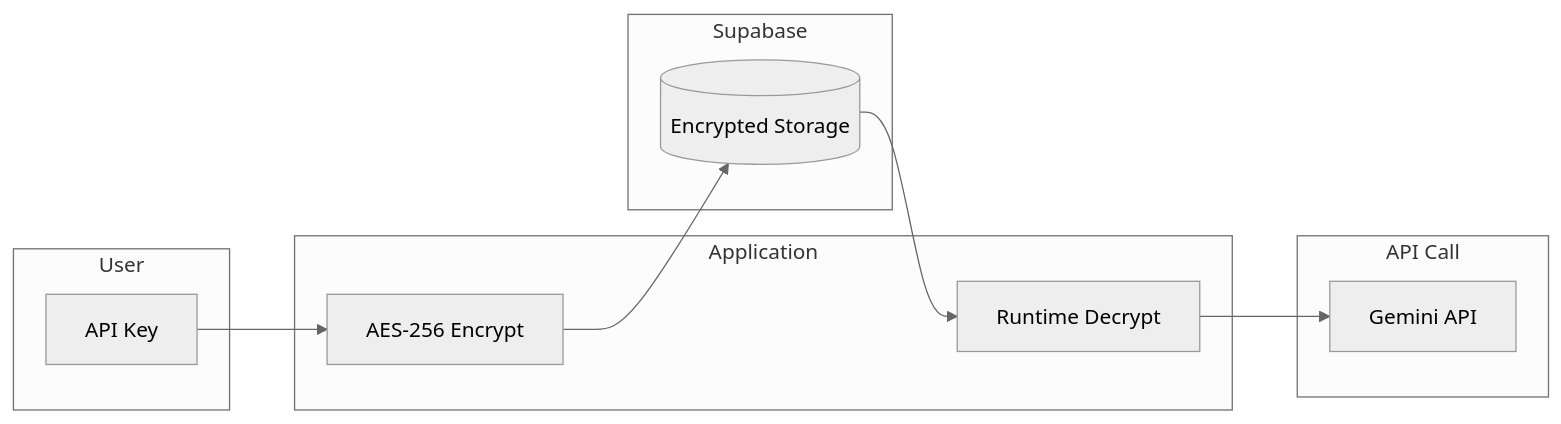
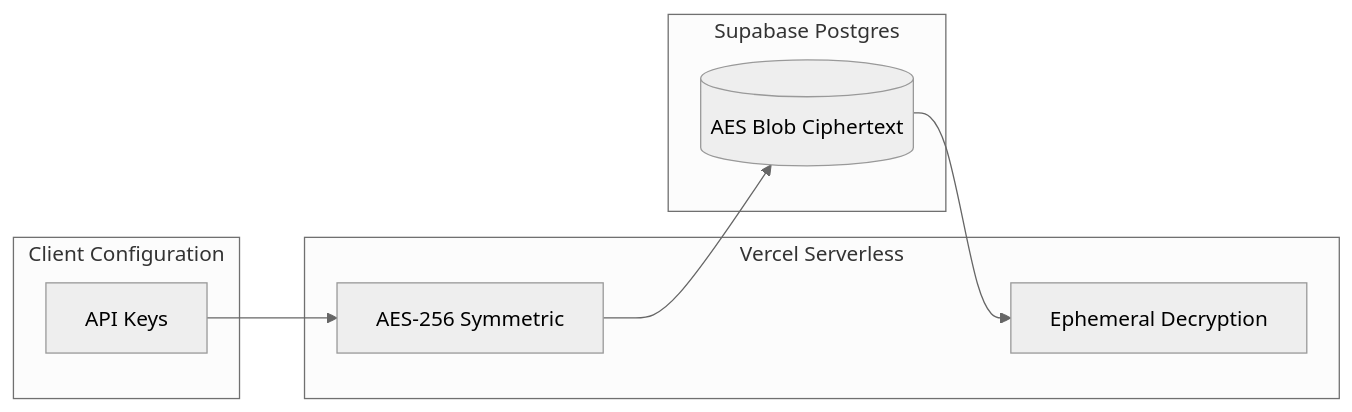
One commit to mirzasayzz/prpilot changed the second of 2 diagrams in README.md. Above: the diagram before and after it, drawn with Mermaid. The commit also changed other lines of this file, not shown here.

Commit message:
docs: upgrade README to industry standard and highlight multi-LLM architecture

````diff
--- a/README.md
+++ b/README.md
@@ -235,25 +167,20 @@
 ```mermaid
 %%{init: {'theme': 'neutral'}}%%
 flowchart LR
-    subgraph User[User]
-        Key[API Key]
+    subgraph User[Client Configuration]
+        Key[API Keys]
     end
 
-    subgraph App[Application]
-        Encrypt[AES-256 Encrypt]
-        Decrypt[Runtime Decrypt]
+    subgraph App[Vercel Serverless]
+        Encrypt[AES-256 Symmetric]
+        Decrypt[Ephemeral Decryption]
     end
 
-    subgraph Storage[Supabase]
-        Encrypted[(Encrypted Storage)]
-    end
-
-    subgraph Usage[API Call]
-        Gemini[Gemini API]
+    subgraph Storage[Supabase Postgres]
+        Encrypted[(AES Blob Ciphertext)]
     end
 
     Key --> Encrypt
     Encrypt --> Encrypted
     Encrypted --> Decrypt
-    Decrypt --> Gemini
 ```
````
